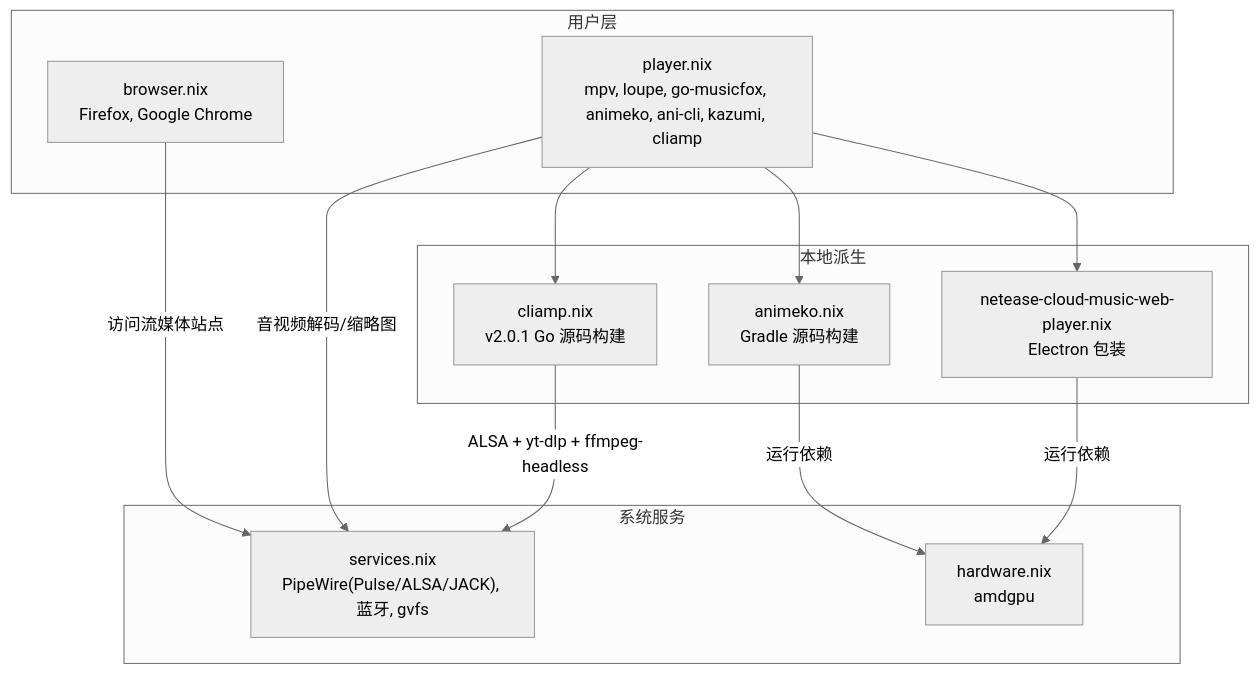
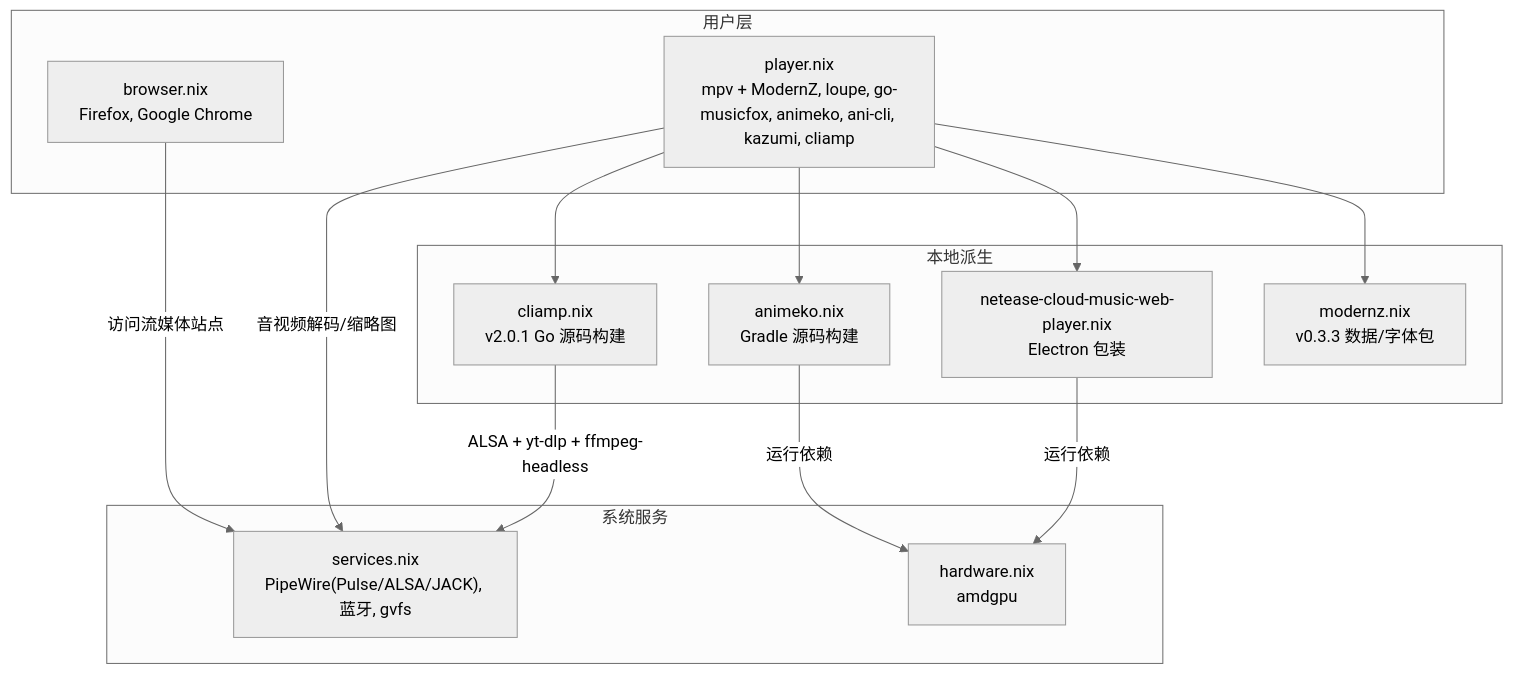
One commit to Shangshui0302/myNixOSConfig changed the diagram in wiki/leisure/media.md. Above: the diagram before and after it, drawn with Mermaid (neutral theme). The commit also changed other lines of this file and 8 other files, not shown here.

Commit message:
feat(mpv): add ModernZ Matugen OSC

````diff
--- a/wiki/leisure/media.md
+++ b/wiki/leisure/media.md
@@ -14,24 +14,26 @@
 ```mermaid
 graph TB
 subgraph "用户层"
-P["player.nix<br/>mpv, loupe, go-musicfox, animeko, ani-cli, kazumi, cliamp"]
+P["player.nix<br/>mpv + ModernZ, loupe, go-musicfox, animeko, ani-cli, kazumi, cliamp"]
 B["browser.nix<br/>Firefox, Google Chrome"]
 end
 subgraph "本地派生"
 A["animeko.nix<br/>Gradle 源码构建"]
 N["netease-cloud-music-web-player.nix<br/>Electron 包装"]
 C["cliamp.nix<br/>v2.0.1 Go 源码构建"]
+M["modernz.nix<br/>v0.3.3 数据/字体包"]
 end
 subgraph "系统服务"
 S["services.nix<br/>PipeWire(Pulse/ALSA/JACK), 蓝牙, gvfs"]
 H["hardware.nix<br/>amdgpu"]
 end
 P --> A
 P --> N
 P --> C
+P --> M
 B --> |"访问流媒体站点"| S
 P --> |"音视频解码/缩略图"| S
 A --> |"运行依赖"| H
 N --> |"运行依赖"| H
 C --> |"ALSA + yt-dlp + ffmpeg-headless"| S
 ```
````
